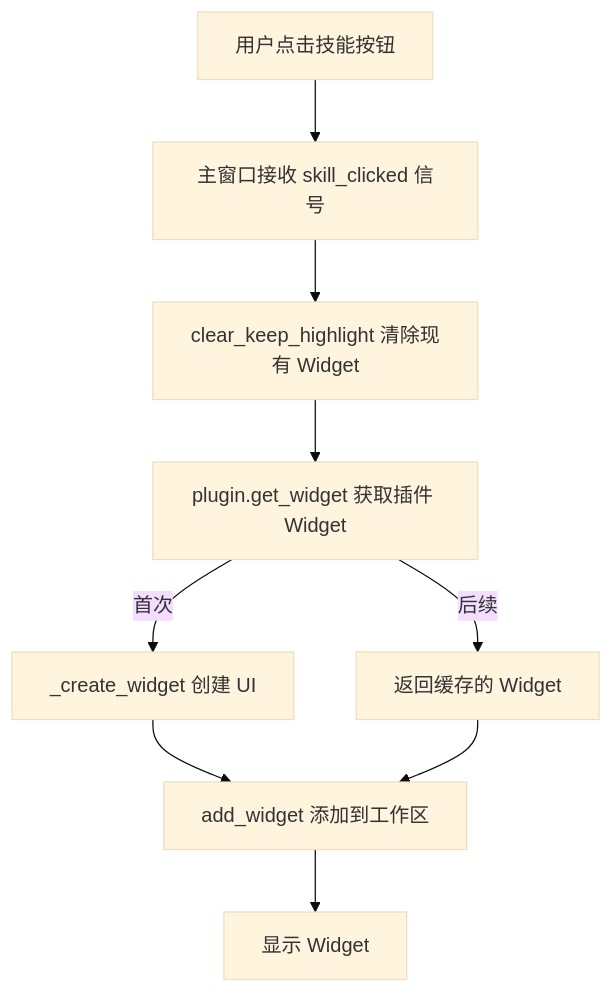
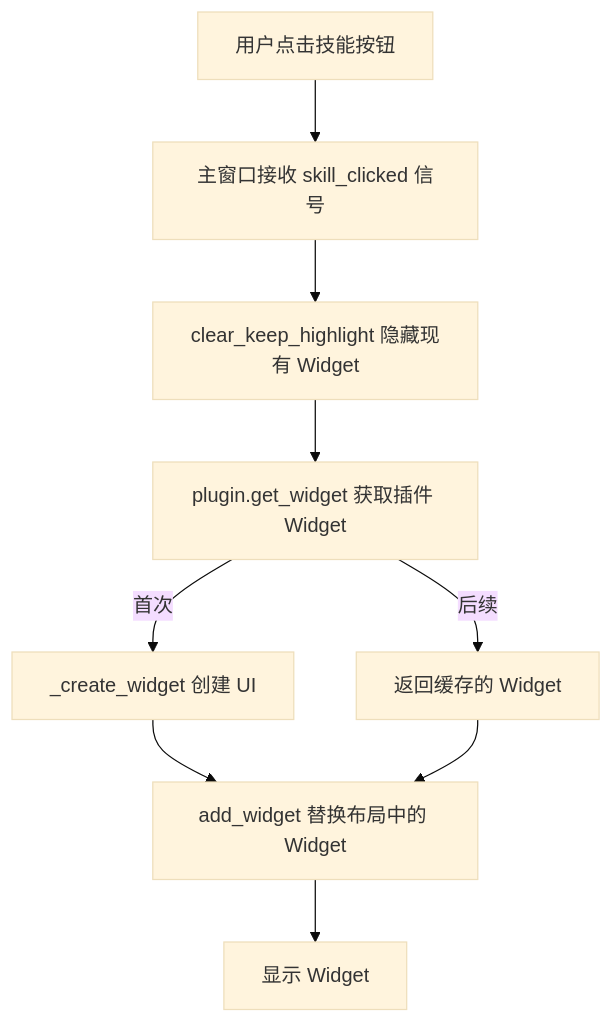
Before and after one commit to KKPIP-Tech/InstructionX: the second of 2 diagrams in docs/ui/work-area.md, drawn with Mermaid (base theme). The commit also changed other lines of this file and 8 other files, not shown here.

````diff
--- a/docs/ui/work-area.md
+++ b/docs/ui/work-area.md
@@ -204,14 +216,14 @@
 ```mermaid
 flowchart TD
     A[用户点击技能按钮] --> B[主窗口接收 skill_clicked 信号]
-    B --> C[clear_keep_highlight 清除现有 Widget]
+    B --> C[clear_keep_highlight 隐藏现有 Widget]
     C --> D[plugin.get_widget 获取插件 Widget]
 
     D -->|首次| E[_create_widget 创建 UI]
     D -->|后续| F[返回缓存的 Widget]
 
-    E --> G[add_widget 添加到工作区]
+    E --> G[add_widget 替换布局中的 Widget]
     F --> G
 
     G --> H[显示 Widget]
 ```
````
